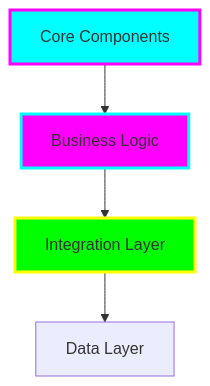
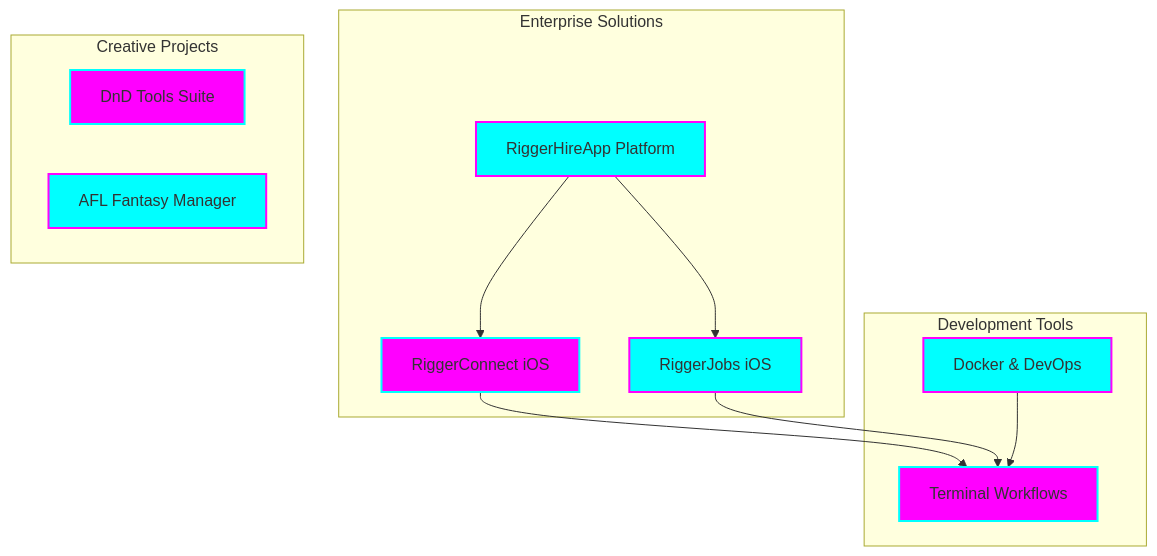
Before and after one commit to tiation/TiaAstor: the diagram in README.md, drawn with Mermaid. The commit also changed other lines of this file and 1 other file, not shown here.

Commit message:
Update profile to reflect Tia Astor's personal profile and improve diagram clarity

````diff
--- a/README.md
+++ b/README.md
@@ -33,10 +33,32 @@
 ```mermaid
 graph TB
-    A[Core Components] --> B[Business Logic]
-    B --> C[Integration Layer]
-    C --> D[Data Layer]
+    subgraph Enterprise Solutions
+        RH[RiggerHireApp Platform]   
+        RC[RiggerConnect iOS]   
+        RJ[RiggerJobs iOS]   
+    end
     
-    style A fill:#00ffff,stroke:#ff00ff,stroke-width:3px
-    style B fill:#ff00ff,stroke:#00ffff,stroke-width:3px
-    style C fill:#00ff00,stroke:#ffff00,stroke-width:3px
+    subgraph Development Tools
+        TW[Terminal Workflows]
+        DD[Docker & DevOps]
+    end
+    
+    subgraph Creative Projects
+        DND[DnD Tools Suite]
+        AFL[AFL Fantasy Manager]
+    end
+    
+    RH --> RC
+    RH --> RJ
+    RC --> TW
+    RJ --> TW
+    DD --> TW
+    
+    style RH fill:#00ffff,stroke:#ff00ff,stroke-width:2px
+    style RC fill:#ff00ff,stroke:#00ffff,stroke-width:2px
+    style RJ fill:#00ffff,stroke:#ff00ff,stroke-width:2px
+    style TW fill:#ff00ff,stroke:#00ffff,stroke-width:2px
+    style DD fill:#00ffff,stroke:#ff00ff,stroke-width:2px
+    style DND fill:#ff00ff,stroke:#00ffff,stroke-width:2px
+    style AFL fill:#00ffff,stroke:#ff00ff,stroke-width:2px
 ```
````
